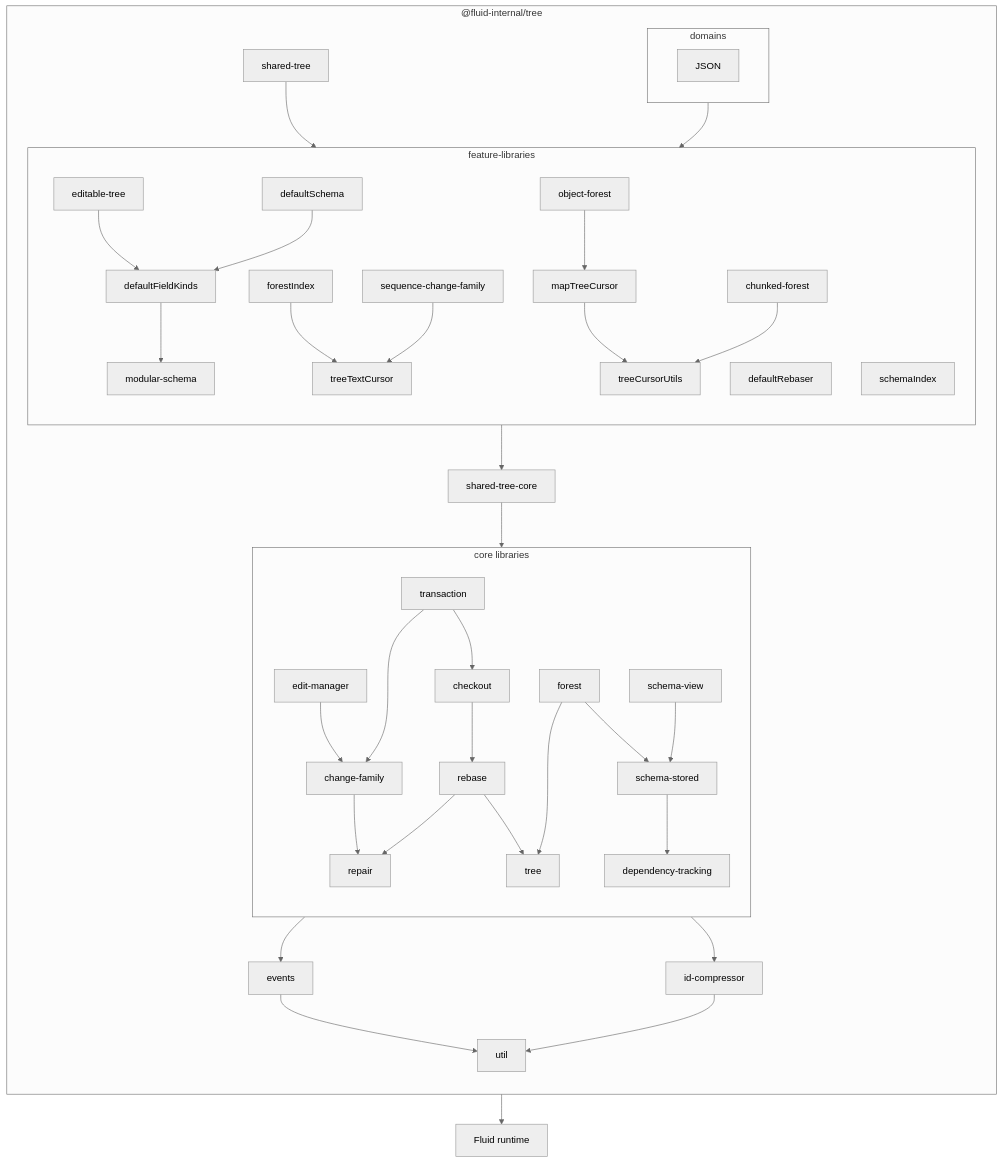
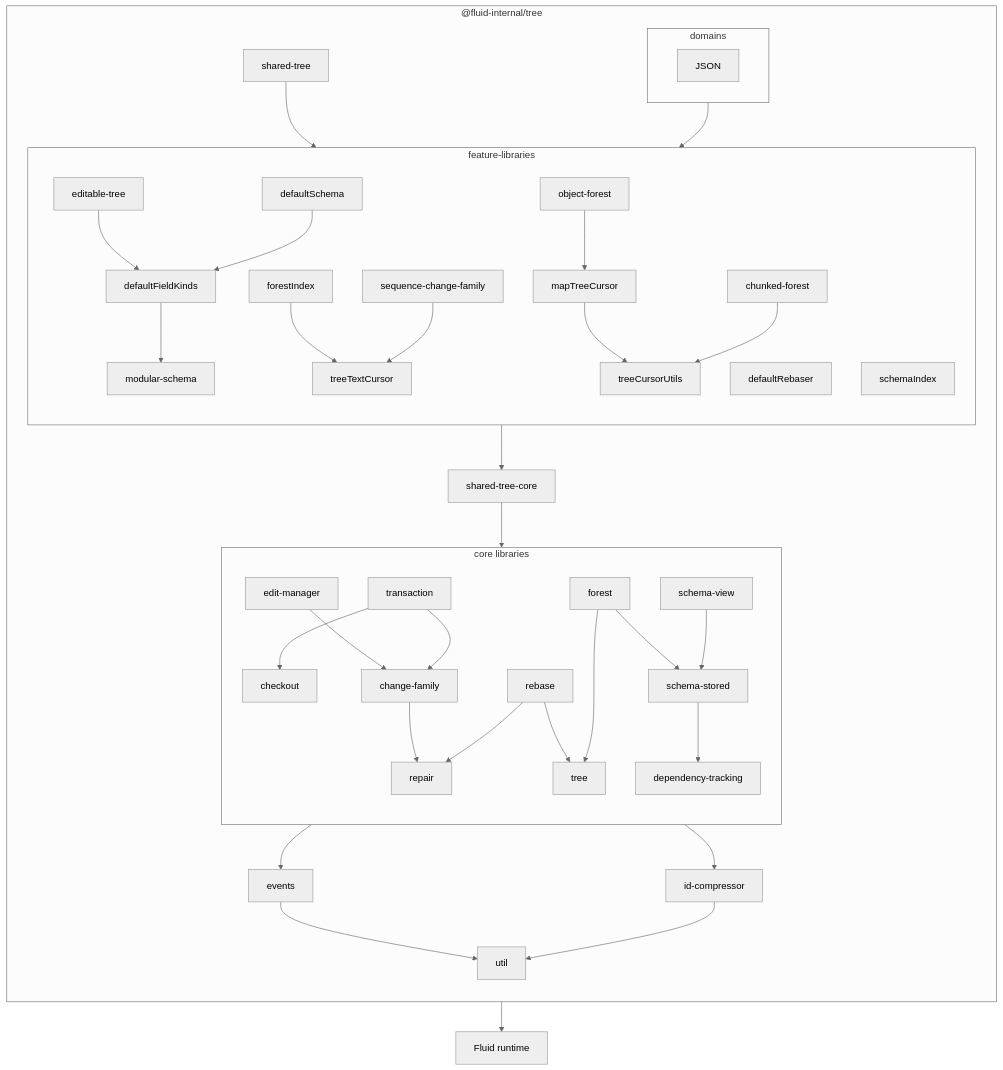
The sixth of 6 diagrams in packages/dds/tree/README.md (microsoft/FluidFramework), drawn with Mermaid (neutral theme) before and after one commit. The commit also changed 11 other files, not shown here.

````diff
--- a/packages/dds/tree/README.md
+++ b/packages/dds/tree/README.md
@@ -298,44 +298,44 @@
 ```mermaid
 flowchart
     direction TB
     subgraph package ["@fluid-internal/tree"]
         direction TB
         subgraph core ["core libraries"]
             direction TB
-            checkout-->rebase
+            checkout
             forest-->schema-stored
             change-family-->repair
             edit-manager-->change-family
             rebase-->repair
             rebase-->tree
             schema-stored-->dependency-tracking
             schema-view-->schema-stored
             transaction-->change-family
             transaction-->checkout
             dependency-tracking
             forest-->tree
         end
         core-->events-->util
         core-->id-compressor-->util
         feature-->shared-tree-core
         shared-tree-core-->core
         shared-tree-->feature
         subgraph feature ["feature-libraries"]
             direction TB
             editable-tree-->defaultFieldKinds
             defaultRebaser
             defaultSchema-->defaultFieldKinds-->modular-schema
             forestIndex-->treeTextCursor
             modular-schema
             object-forest-->mapTreeCursor-->treeCursorUtils
             chunked-forest-->treeCursorUtils
             schemaIndex
             sequence-change-family-->treeTextCursor
         end
         subgraph domains
             JSON
         end
         domains-->feature
     end
     package-->runtime["Fluid runtime"]
 ```
````
